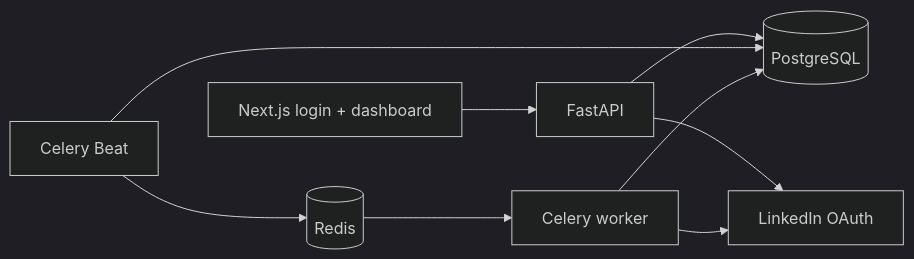
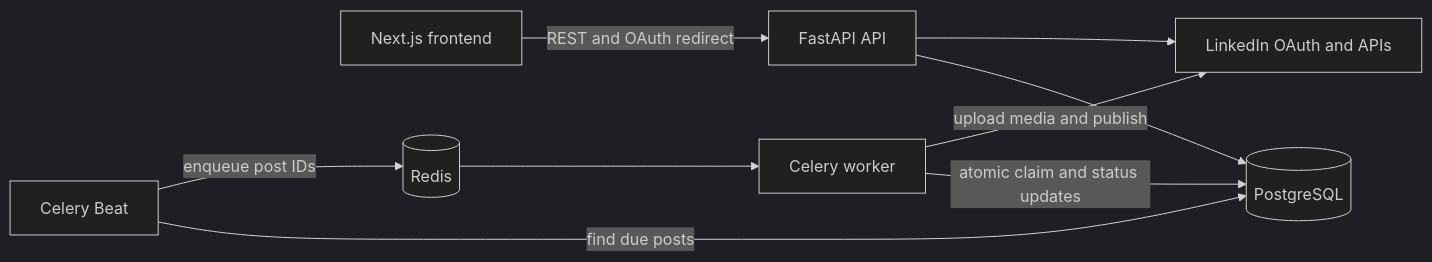
Before and after one commit to ranit-98/linkedin-content-scheduler: the diagram in README.md, drawn with Mermaid (dark theme). The commit also changed other lines of this file and 2 other files, not shown here.

First line of the commit message:
Enhance backend and frontend documentation for LinkedIn Post Scheduler

````diff
--- a/README.md
+++ b/README.md
@@ -6,11 +28,11 @@
 ```mermaid
 flowchart LR
-    UI[Next.js login + dashboard] --> API[FastAPI]
+    Browser[Next.js frontend] -->|REST and OAuth redirect| API[FastAPI API]
     API --> DB[(PostgreSQL)]
-    API --> LI[LinkedIn OAuth]
-    BEAT[Celery Beat] --> DB
-    BEAT --> REDIS[(Redis)]
-    REDIS --> WORKER[Celery worker]
-    WORKER --> LI
-    WORKER --> DB
+    API --> LinkedIn[LinkedIn OAuth and APIs]
+    Beat[Celery Beat] -->|find due posts| DB
+    Beat -->|enqueue post IDs| Redis[(Redis)]
+    Redis --> Worker[Celery worker]
+    Worker -->|atomic claim and status updates| DB
+    Worker -->|upload media and publish| LinkedIn
 ```
````
